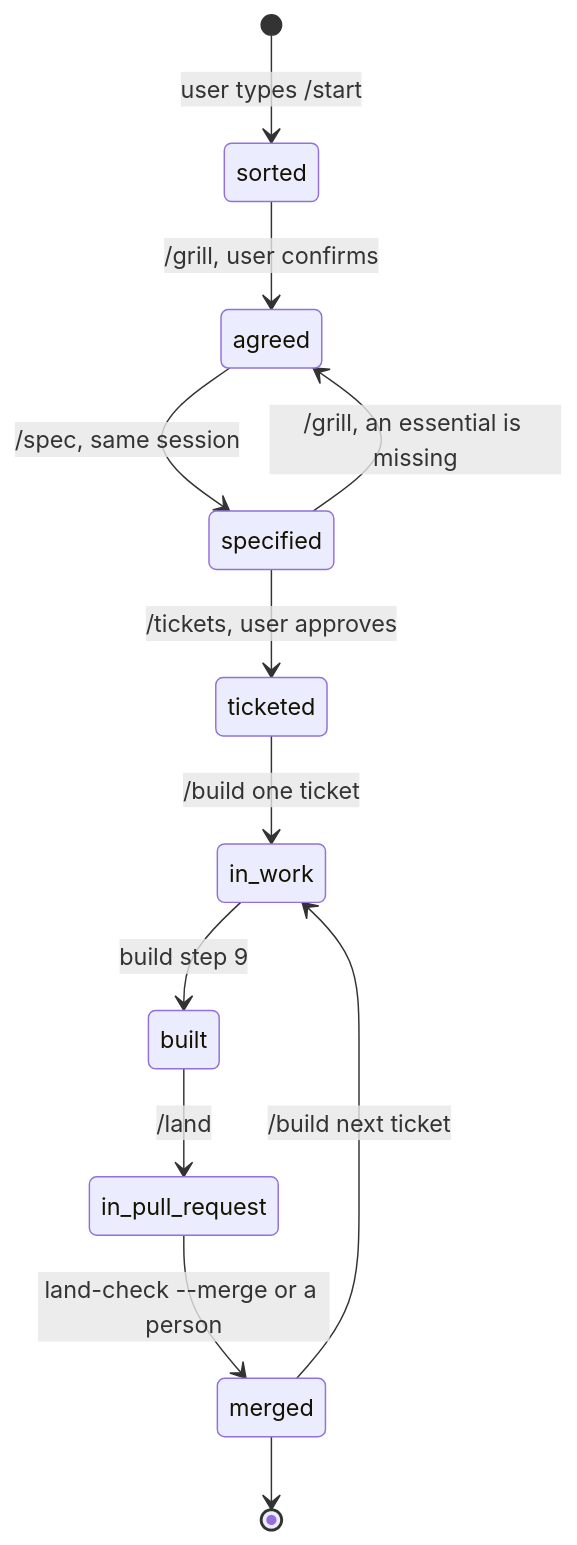
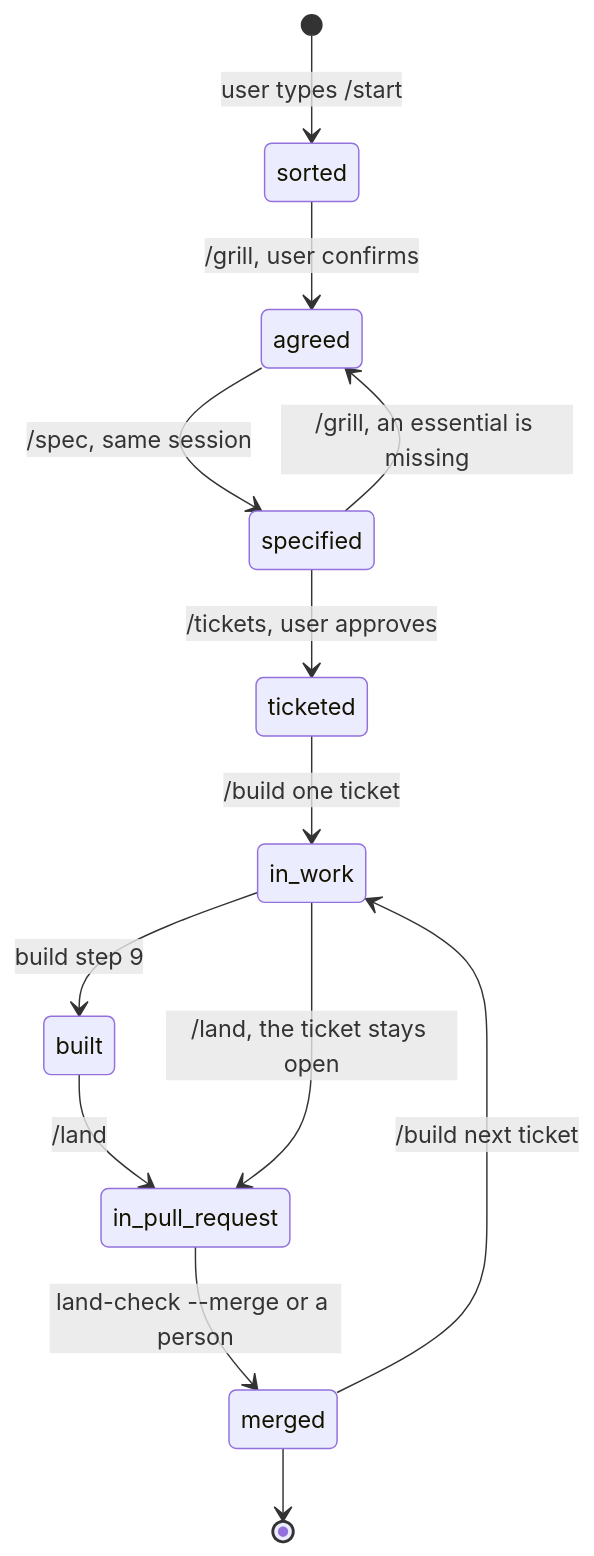
The diagram in skills/start/STATES.md (serhii12/sstack), drawn with Mermaid before and after one commit. The commit also changed other lines of this file, not shown here.

First line of the commit message:
docs(start): show /land from a ticket that stays open in the state map

````diff
--- a/skills/start/STATES.md
+++ b/skills/start/STATES.md
@@ -22,14 +22,15 @@
 ```mermaid
 stateDiagram-v2
   [*] --> sorted: user types /start
   sorted --> agreed: /grill, user confirms
   agreed --> specified: /spec, same session
   specified --> agreed: /grill, an essential is missing
   specified --> ticketed: /tickets, user approves
   ticketed --> in_work: /build one ticket
   in_work --> built: build step 9
   built --> in_pull_request: /land
+  in_work --> in_pull_request: /land, the ticket stays open
   in_pull_request --> merged: land-check --merge or a person
   merged --> in_work: /build next ticket
   merged --> [*]
 ```
````
